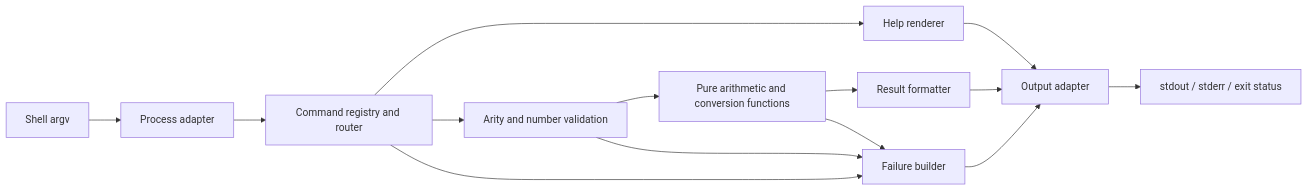
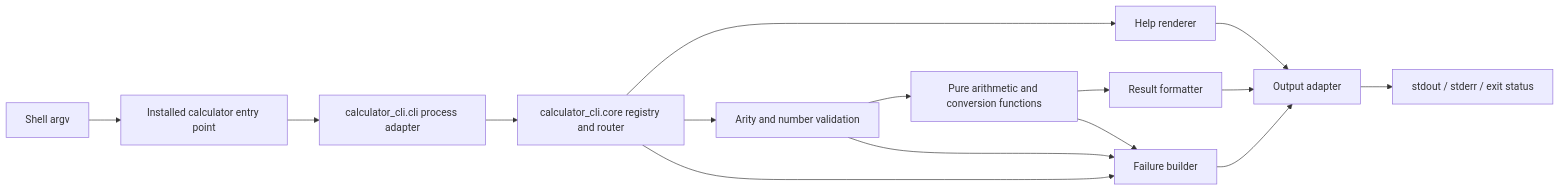
One commit to sachinkundu/deos-sample-project changed the first of 2 diagrams in openspec/changes/sac-166/design.md. Above: the diagram before and after it, drawn with Mermaid. The commit also changed other lines of this file, not shown here.

````diff
--- a/openspec/changes/sac-166/design.md
+++ b/openspec/changes/sac-166/design.md
@@ -32,16 +32,17 @@
 ```mermaid
 flowchart LR
-    Shell[Shell argv] --> Entry[Process adapter]
-    Entry --> Router[Command registry and router]
+    Shell[Shell argv] --> Script[Installed calculator entry point]
+    Script --> Entry[calculator_cli.cli process adapter]
+    Entry --> Router[calculator_cli.core registry and router]
     Router --> Help[Help renderer]
     Router --> Validate[Arity and number validation]
     Validate --> Calculate[Pure arithmetic and conversion functions]
     Calculate --> Format[Result formatter]
     Help --> Emit[Output adapter]
     Format --> Emit
     Router --> Failure[Failure builder]
     Validate --> Failure
     Calculate --> Failure
     Failure --> Emit
     Emit --> Streams[stdout / stderr / exit status]
 ```
````
